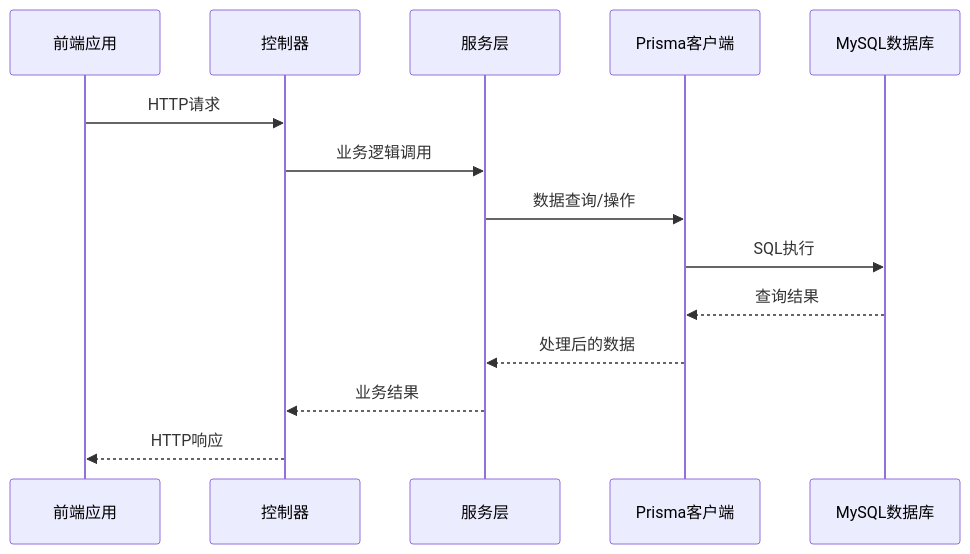
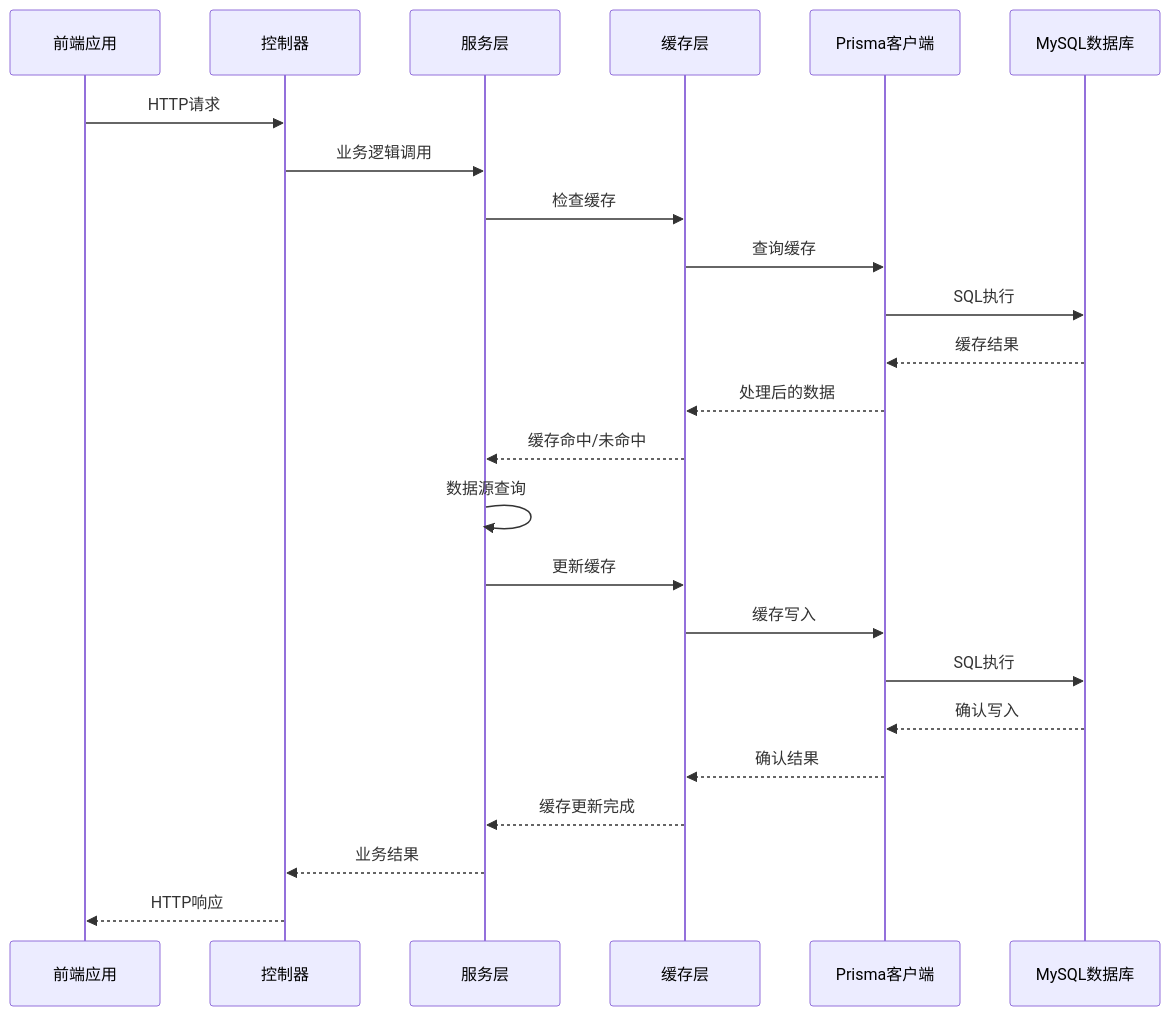
Before and after one commit to xianjianshenqu/SalesFlow-CRM: the fourth of 34 diagrams in .qoder/repowiki/zh/content/Database Schema.md, drawn with Mermaid. The commit also changed other lines of this file and 7 other files, not shown here.

````diff
--- a/.qoder/repowiki/zh/content/Database Schema.md
+++ b/.qoder/repowiki/zh/content/Database Schema.md
@@ -480,16 +486,26 @@
 ```mermaid
 sequenceDiagram
 participant Frontend as 前端应用
 participant Controller as 控制器
 participant Service as 服务层
+participant Cache as 缓存层
 participant Prisma as Prisma客户端
 participant Database as MySQL数据库
 Frontend->>Controller : HTTP请求
 Controller->>Service : 业务逻辑调用
-Service->>Prisma : 数据查询/操作
+Service->>Cache : 检查缓存
+Cache->>Prisma : 查询缓存
 Prisma->>Database : SQL执行
-Database-->>Prisma : 查询结果
-Prisma-->>Service : 处理后的数据
+Database-->>Prisma : 缓存结果
+Prisma-->>Cache : 处理后的数据
+Cache-->>Service : 缓存命中/未命中
+Service->>Service : 数据源查询
+Service->>Cache : 更新缓存
+Cache->>Prisma : 缓存写入
+Prisma->>Database : SQL执行
+Database-->>Prisma : 确认写入
+Prisma-->>Cache : 确认结果
+Cache-->>Service : 缓存更新完成
 Service-->>Controller : 业务结果
 Controller-->>Frontend : HTTP响应
 ```
````
